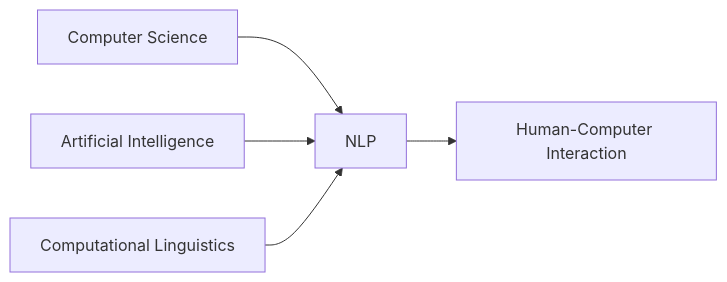
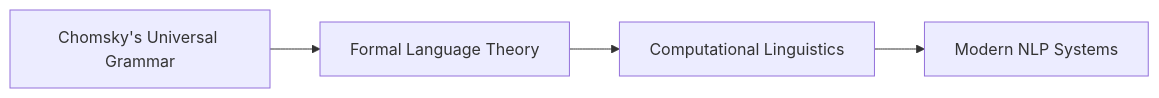
Before and after one commit to Yash-Kavaiya/introduction-to-llms-nptel: the fourth of 51 diagrams in pages/Week 1/Lec_02_Introduction_to_Natural_Language_Processing.mdx, drawn with Mermaid. The commit also changed other lines of this file, not shown here.

````diff
--- a/pages/Week 1/Lec_02_Introduction_to_Natural_Language_Processing.mdx
+++ b/pages/Week 1/Lec_02_Introduction_to_Natural_Language_Processing.mdx
@@ -28,7 +113,6 @@
 ```mermaid
 graph LR
-    A[Computer Science] --> D[NLP]
-    B[Artificial Intelligence] --> D
-    C[Computational Linguistics] --> D
-    D --> E[Human-Computer Interaction]
+    A[Chomsky's Universal Grammar] --> B[Formal Language Theory]
+    B --> C[Computational Linguistics]
+    C --> D[Modern NLP Systems]
 ```
````
